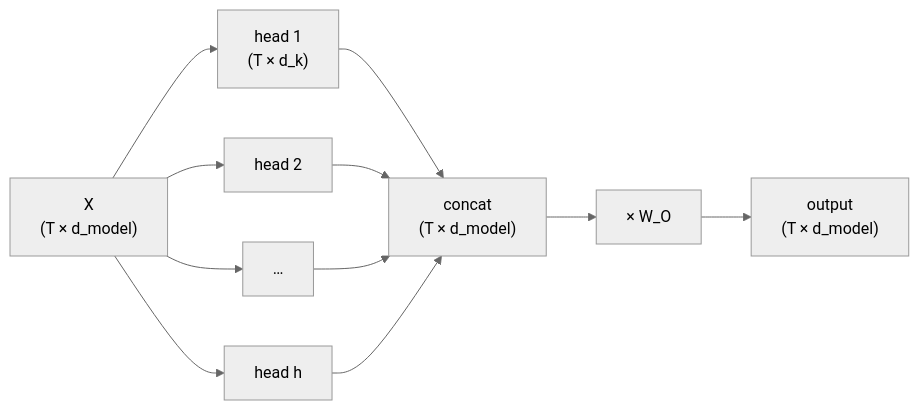
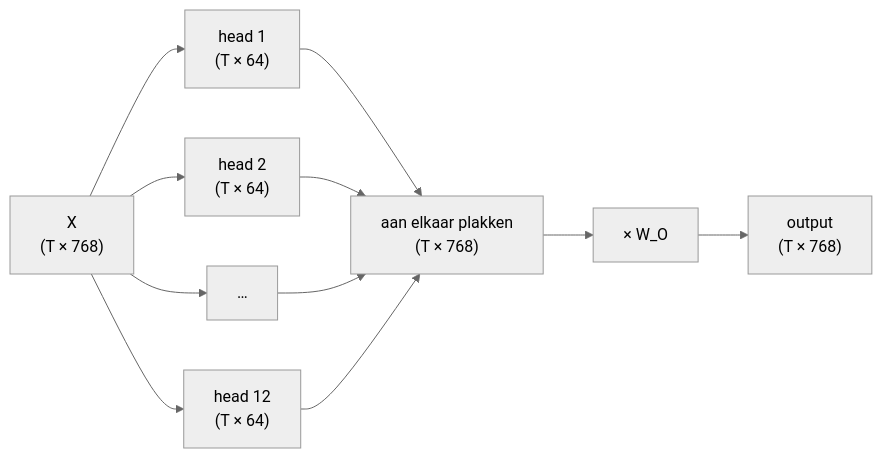
The second of 2 diagrams in modules/01-transformers/notes/1.2-attention.md (jeroenderuijter2002/Self-learning-AI), drawn with Mermaid (neutral theme) before and after one commit. The commit also changed other lines of this file and 21 other files, not shown here.

````diff
--- a/modules/01-transformers/notes/1.2-attention.md
+++ b/modules/01-transformers/notes/1.2-attention.md
@@ -76,12 +155,12 @@
 ```mermaid
 flowchart LR
-    X["X<br/>(T × d_model)"] --> H1["head 1<br/>(T × d_k)"]
-    X --> H2["head 2"]
+    X["X<br/>(T × 768)"] --> H1["head 1<br/>(T × 64)"]
+    X --> H2["head 2<br/>(T × 64)"]
     X --> H3["…"]
-    X --> Hh["head h"]
-    H1 --> C["concat<br/>(T × d_model)"]
+    X --> Hh["head 12<br/>(T × 64)"]
+    H1 --> C["aan elkaar plakken<br/>(T × 768)"]
     H2 --> C
     H3 --> C
     Hh --> C
-    C --> O["× W_O"] --> Y["output<br/>(T × d_model)"]
+    C --> O["× W_O"] --> Y["output<br/>(T × 768)"]
 ```
````
